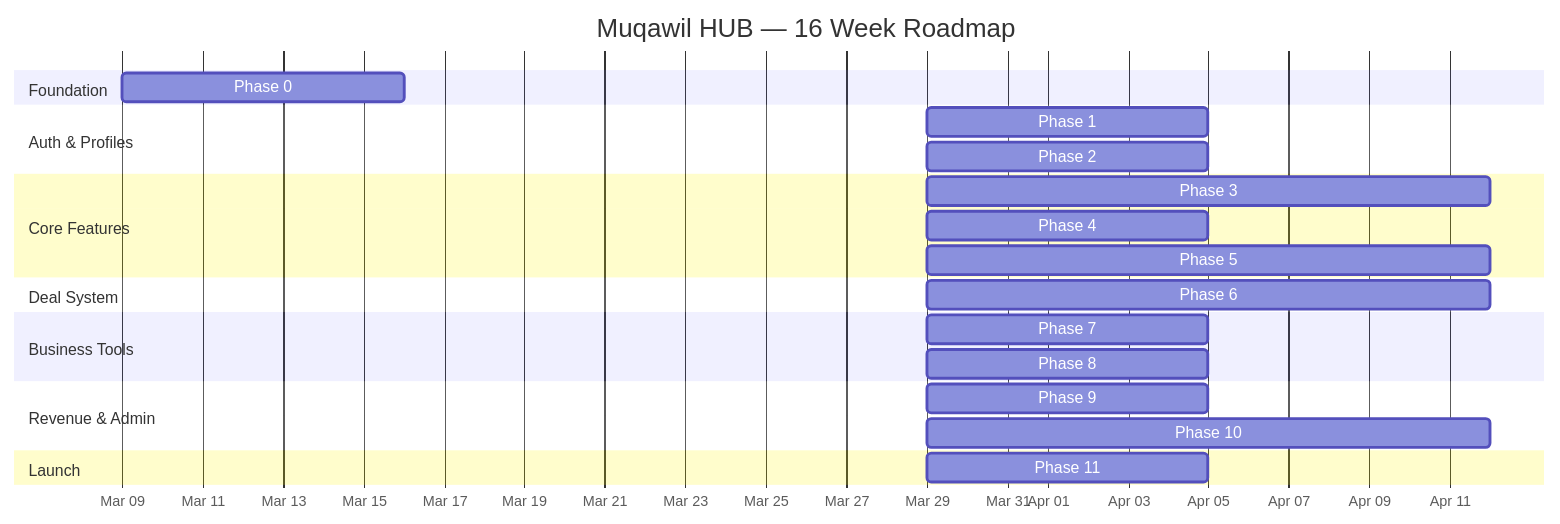
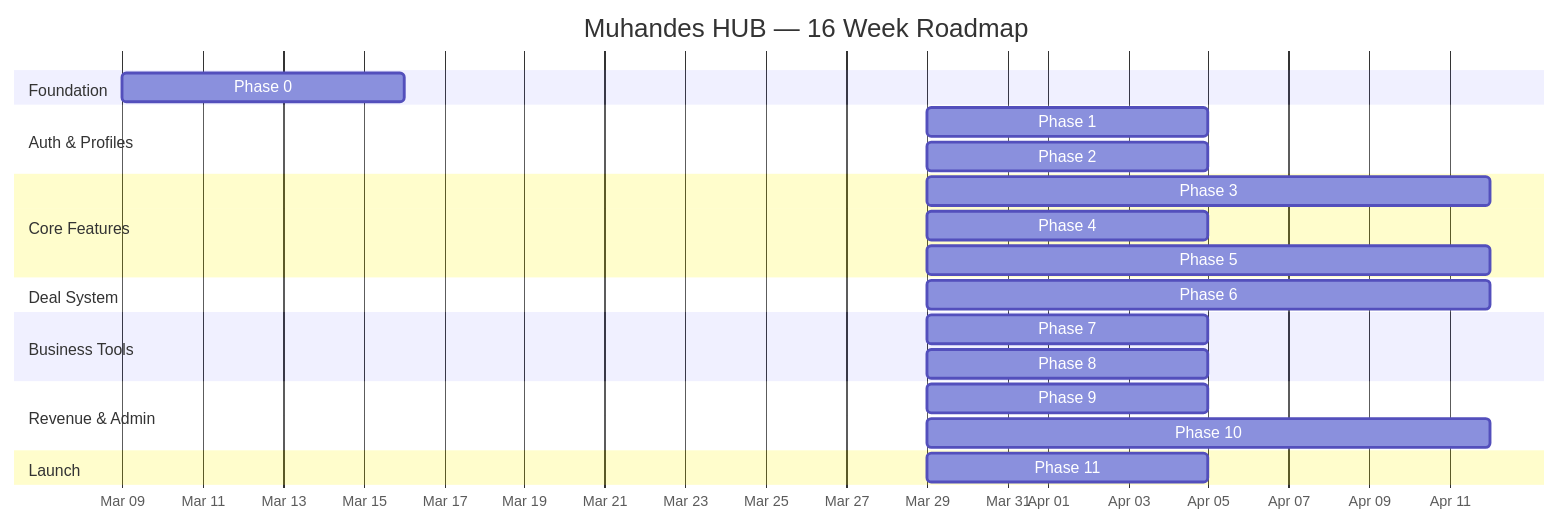
Before and after one commit to Hatimx92x92/Muhandes-Hub: the diagram in .docs/ROADMAP.md, drawn with Mermaid. The commit also changed other lines of this file and 376 other files, not shown here.

````diff
--- a/.docs/ROADMAP.md
+++ b/.docs/ROADMAP.md
@@ -26,32 +26,32 @@
 ```mermaid
 gantt
-    title Muqawil HUB — 16 Week Roadmap
+    title Muhandes HUB — 16 Week Roadmap
     dateFormat YYYY-MM-DD
     axisFormat %b %d
 
     section Foundation
     Phase 0: Foundation           :p0, 2026-03-09, 1w
 
     section Auth & Profiles
     Phase 1: Auth & Registration  :p1, after p0, 1w
     Phase 2: Profiles & Subs      :p2, after p1, 1w
 
     section Core Features
     Phase 3: Projects & Products  :p3, after p2, 2w
     Phase 4: Bidding              :p4, after p3, 1w
     Phase 5: Quotations & RFQs   :p5, after p3, 2w
 
     section Deal System
     Phase 6: Deal Workspace       :p6, after p4, 2w
 
     section Business Tools
     Phase 7: Contracts/CRM/Kanban :p7, after p6, 1w
     Phase 8: Messaging/Notifs     :p8, after p2, 1w
 
     section Revenue & Admin
     Phase 9: Reviews/Commissions  :p9, after p6, 1w
     Phase 10: Search/Admin        :p10, after p9, 2w
 
     section Launch
     Phase 11: Polish & Launch     :p11, after p10, 1w
 ```
````
